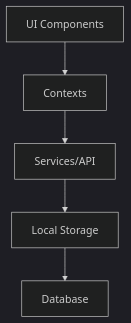
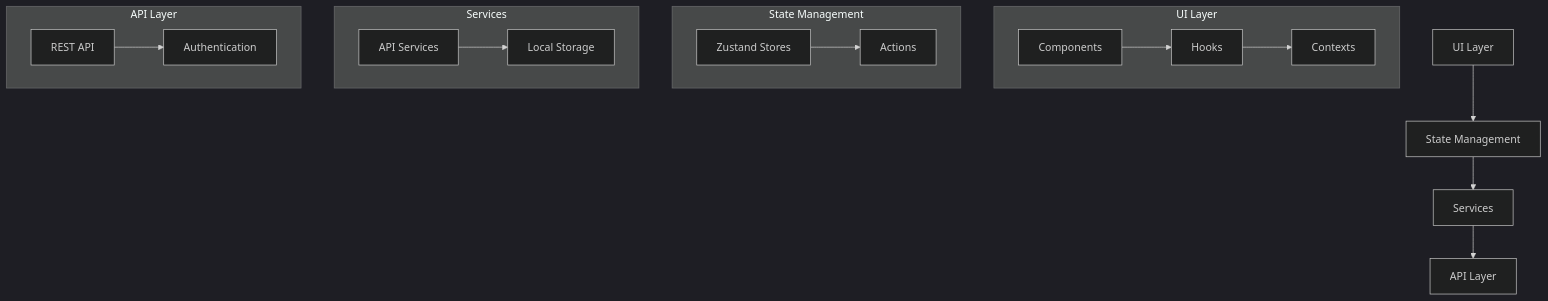
The diagram in README.md (anthonycursewl/wheek-app-rn), drawn with Mermaid (dark theme) before and after one commit. The commit also changed other lines of this file, not shown here.

````diff
--- a/README.md
+++ b/README.md
@@ -70,7 +130,23 @@
 ```mermaid
 graph TD
-    A[UI Components] --> B[Contexts]
-    B --> C[Services/API]
-    C --> D[Local Storage]
-    D --> E[Database] 
+    A[UI Layer] --> B[State Management]
+    B --> C[Services]
+    C --> D[API Layer]
+    
+    subgraph UI Layer
+    A1[Components] --> A2[Hooks]
+    A2 --> A3[Contexts]
+    end
+    
+    subgraph State Management
+    B1[Zustand Stores] --> B2[Actions]
+    end
+    
+    subgraph Services
+    C1[API Services] --> C2[Local Storage]
+    end
+    
+    subgraph API Layer
+    D1[REST API] --> D2[Authentication]
+    end
 ```
````
